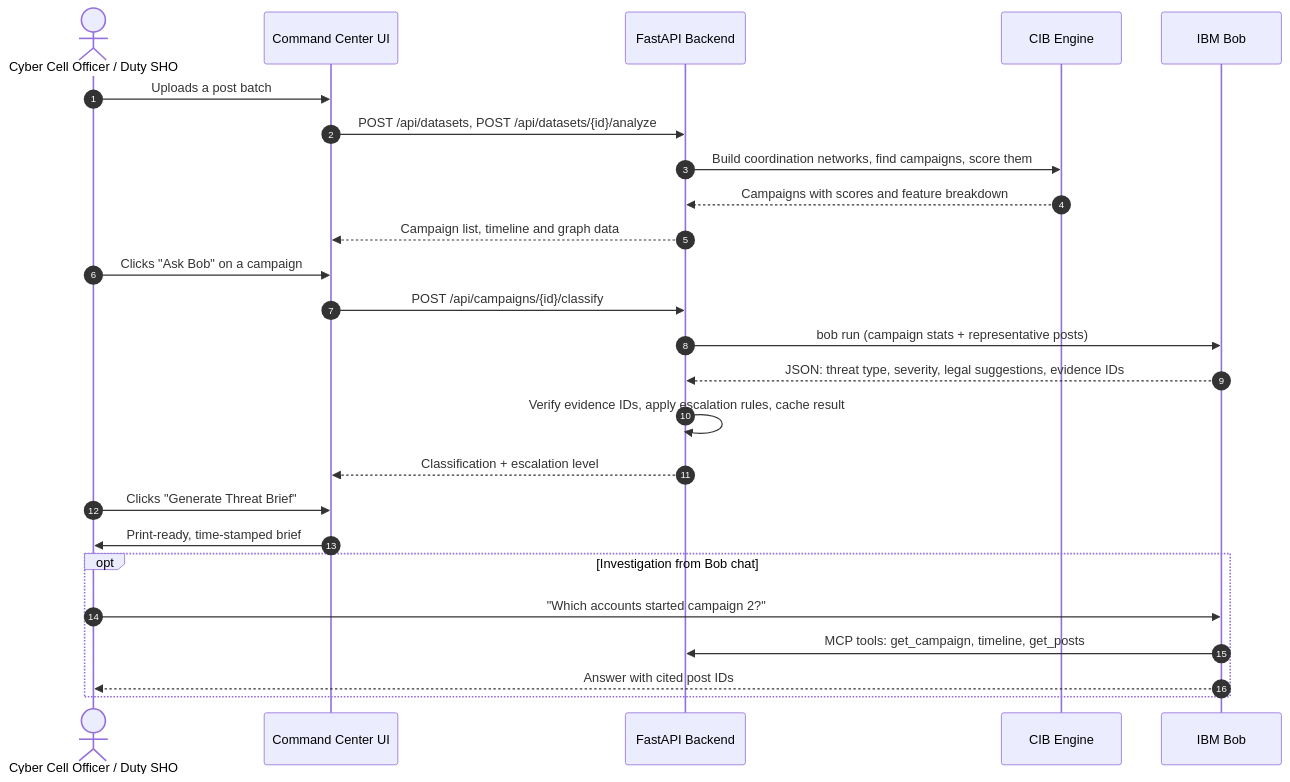
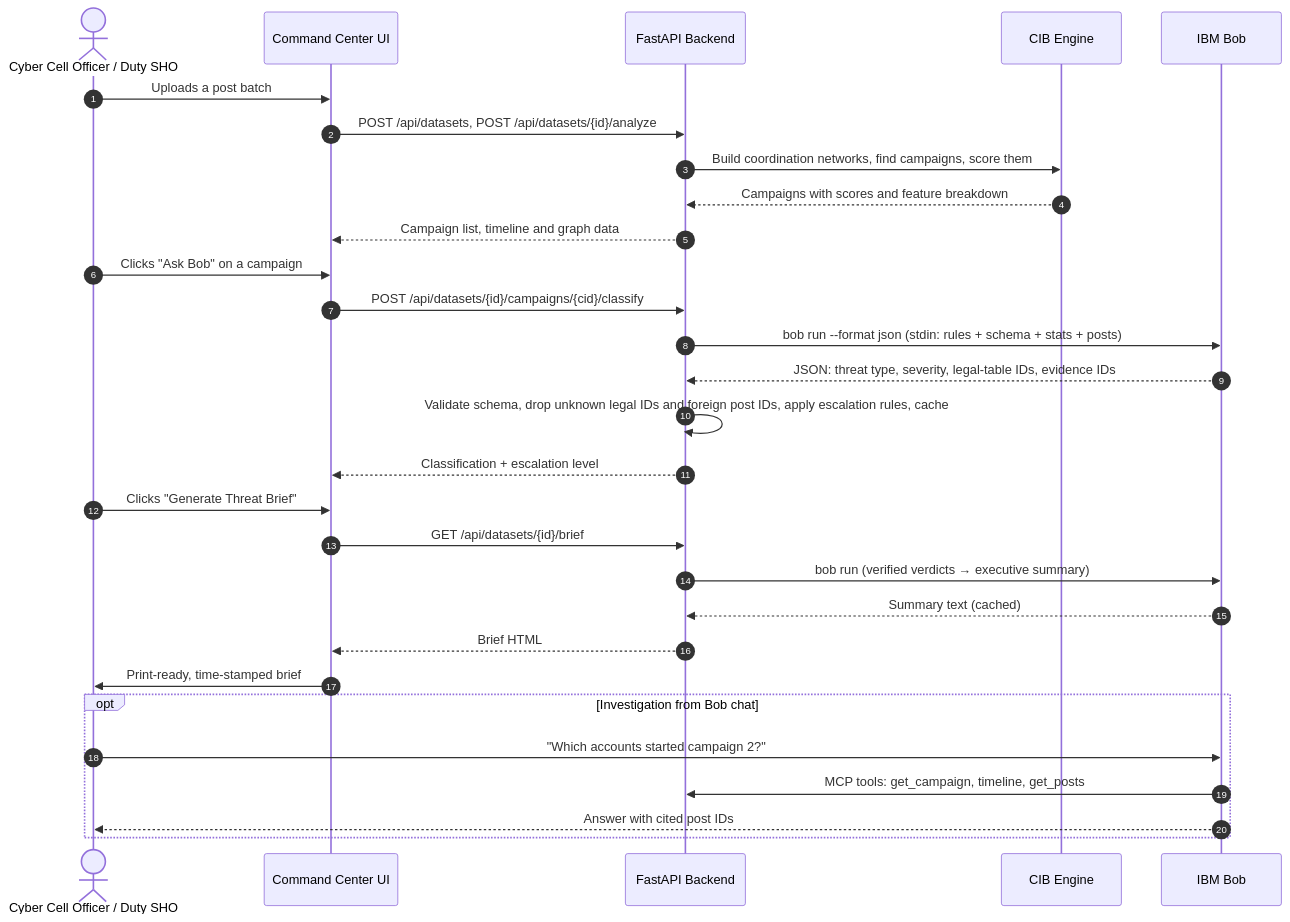
Before and after one commit to Tirth-chokshi/bob-ai-hackathon-shin-chan: the second of 2 diagrams in docs/architecture.md, drawn with Mermaid. The commit also changed other lines of this file and 8 other files, not shown here.

Commit message:
docs: add project-plan and execution-plan, update architecture and submission metadata

````diff
--- a/docs/architecture.md
+++ b/docs/architecture.md
@@ -54,29 +58,33 @@
 ```mermaid
 sequenceDiagram
     autonumber
     actor Officer as Cyber Cell Officer / Duty SHO
     participant UI as Command Center UI
     participant API as FastAPI Backend
     participant CIB as CIB Engine
     participant Bob as IBM Bob
 
     Officer->>UI: Uploads a post batch
     UI->>API: POST /api/datasets, POST /api/datasets/{id}/analyze
     API->>CIB: Build coordination networks, find campaigns, score them
     CIB-->>API: Campaigns with scores and feature breakdown
     API-->>UI: Campaign list, timeline and graph data
     Officer->>UI: Clicks "Ask Bob" on a campaign
-    UI->>API: POST /api/campaigns/{id}/classify
-    API->>Bob: bob run (campaign stats + representative posts)
-    Bob-->>API: JSON: threat type, severity, legal suggestions, evidence IDs
-    API->>API: Verify evidence IDs, apply escalation rules, cache result
+    UI->>API: POST /api/datasets/{id}/campaigns/{cid}/classify
+    API->>Bob: bob run --format json (stdin: rules + schema + stats + posts)
+    Bob-->>API: JSON: threat type, severity, legal-table IDs, evidence IDs
+    API->>API: Validate schema, drop unknown legal IDs and foreign post IDs, apply escalation rules, cache
     API-->>UI: Classification + escalation level
     Officer->>UI: Clicks "Generate Threat Brief"
+    UI->>API: GET /api/datasets/{id}/brief
+    API->>Bob: bob run (verified verdicts → executive summary)
+    Bob-->>API: Summary text (cached)
+    API-->>UI: Brief HTML
     UI->>Officer: Print-ready, time-stamped brief
 
     opt Investigation from Bob chat
         Officer->>Bob: "Which accounts started campaign 2?"
         Bob->>API: MCP tools: get_campaign, timeline, get_posts
         Bob-->>Officer: Answer with cited post IDs
     end
 ```
````
